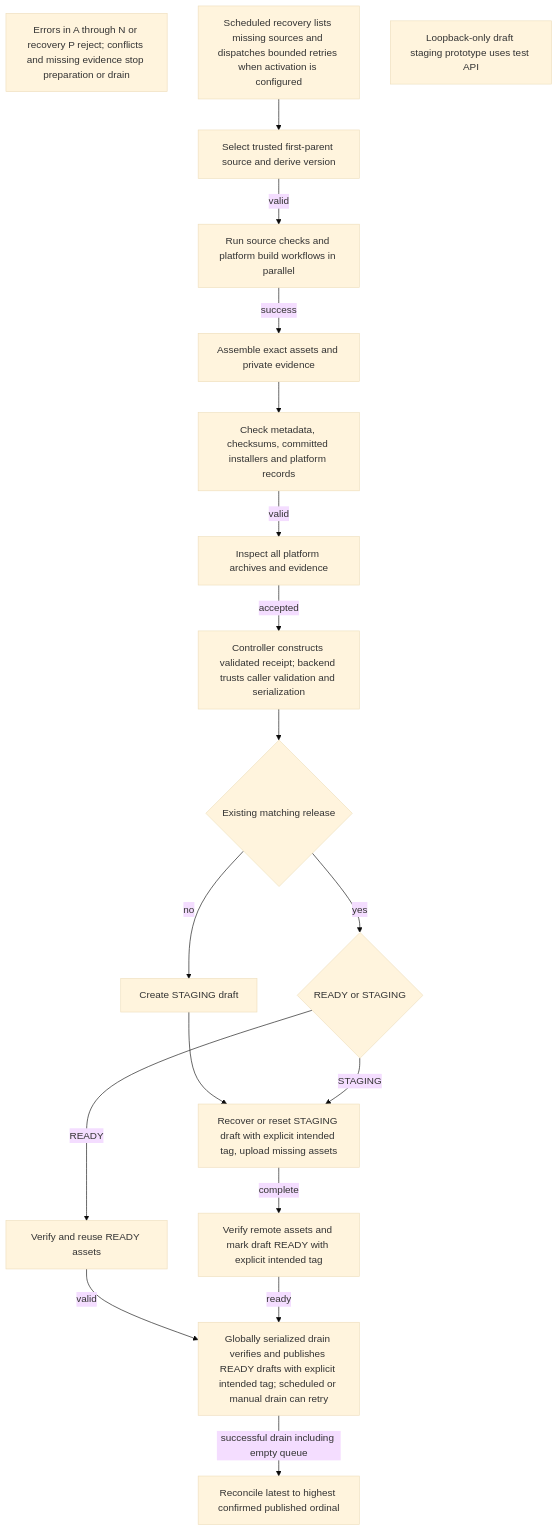
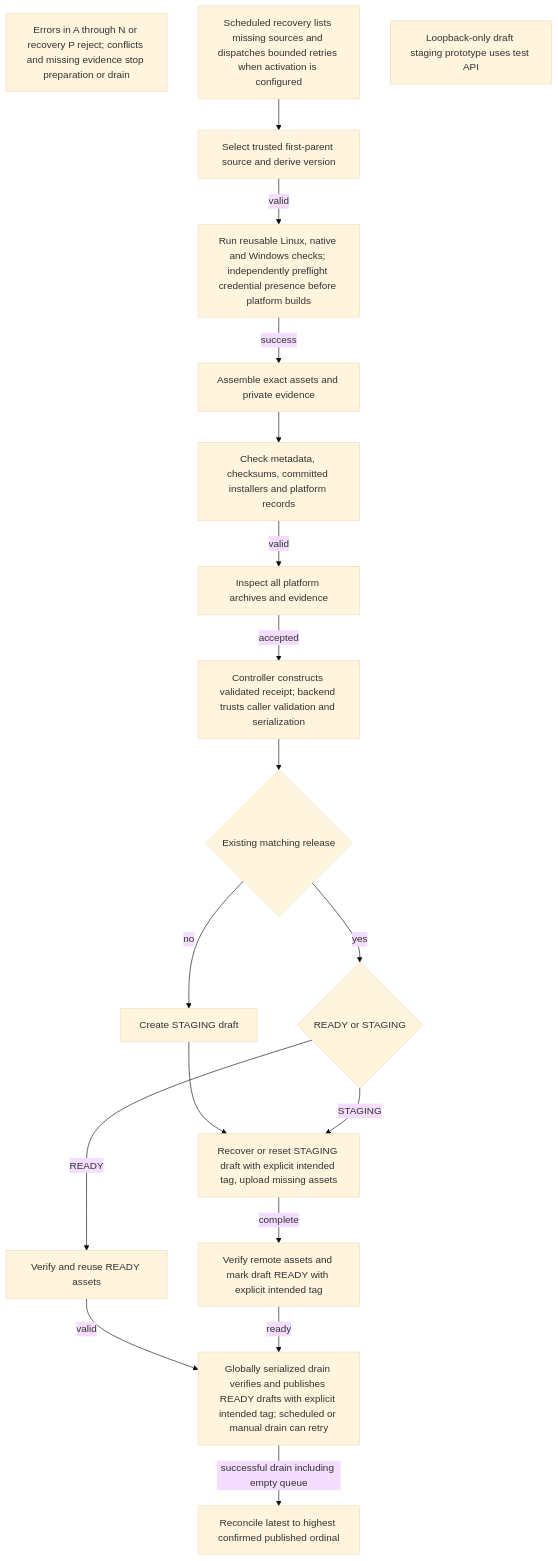
The diagram in docs/flows/sender.release-orchestration.mmd (KarlSideProjects/hwmonitor-mqtt), drawn with Mermaid (base theme) before and after one commit. The commit also changed 28 other files, not shown here.

```diff
--- a/docs/flows/sender.release-orchestration.mmd
+++ b/docs/flows/sender.release-orchestration.mmd
@@ -1,34 +1,34 @@
 flowchart TD
     A["Select trusted first-parent source and derive version"]
-    B["Run source checks and platform build workflows in parallel"]
+    B["Run reusable Linux, native and Windows checks; independently preflight credential presence before platform builds"]
     C["Assemble exact assets and private evidence"]
     D["Check metadata, checksums, committed installers and platform records"]
     E["Inspect all platform archives and evidence"]
     F["Controller constructs validated receipt; backend trusts caller validation and serialization"]
     G{"Existing matching release"}
     H["Create STAGING draft"]
     I{"READY or STAGING"}
     J["Verify and reuse READY assets"]
     K["Recover or reset STAGING draft with explicit intended tag, upload missing assets"]
     L["Verify remote assets and mark draft READY with explicit intended tag"]
     M["Globally serialized drain verifies and publishes READY drafts with explicit intended tag; scheduled or manual drain can retry"]
     N["Reconcile latest to highest confirmed published ordinal"]
     O["Errors in A through N or recovery P reject; conflicts and missing evidence stop preparation or drain"]
     P["Scheduled recovery lists missing sources and dispatches bounded retries when activation is configured"]
     Q["Loopback-only draft staging prototype uses test API"]
     A -->|valid| B
     B -->|success| C
     C --> D
     D -->|valid| E
     E -->|accepted| F
     F --> G
     G -->|no| H
     G -->|yes| I
     H --> K
     I -->|READY| J
     I -->|STAGING| K
     J -->|valid| M
     K -->|complete| L
     L -->|ready| M
     M -->|successful drain including empty queue| N
     P --> A
```
